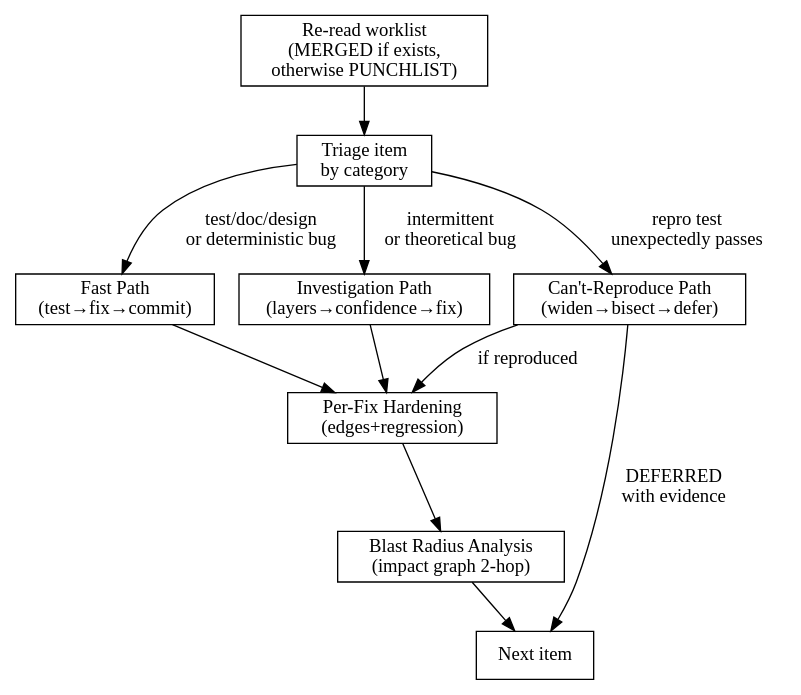
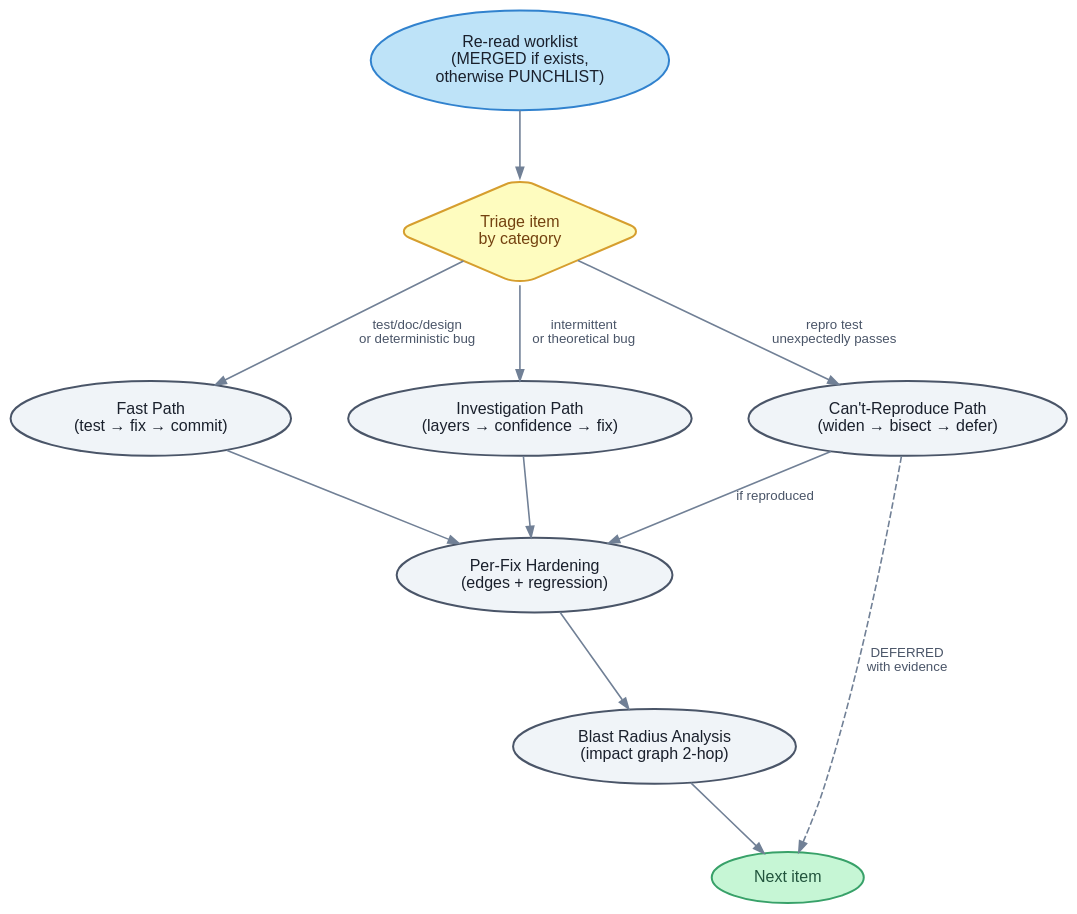
The diagram in docs/diagrams/phase4-triage.dot (jbrjake/holtz), drawn with Graphviz before and after one commit. The commit also changed 7 other files, not shown here.

First line of the commit message:
docs: style diagrams with color-coded nodes and clean typography

```diff
--- a/docs/diagrams/phase4-triage.dot
+++ b/docs/diagrams/phase4-triage.dot
@@ -1,23 +1,72 @@
 digraph {
   rankdir=TB
-  node [shape=box]
-  read [label="Re-read worklist\n(MERGED if exists,\notherwise PUNCHLIST)"]
-  triage [label="Triage item\nby category"]
-  fast [label="Fast Path\n(test→fix→commit)"]
-  investigate [label="Investigation Path\n(layers→confidence→fix)"]
-  cantrepro [label="Can't-Reproduce Path\n(widen→bisect→defer)"]
-  harden [label="Per-Fix Hardening\n(edges+regression)"]
-  blast [label="Blast Radius Analysis\n(impact graph 2-hop)"]
-  next [label="Next item"]
+  bgcolor="transparent"
+  pad=0.4
+  nodesep=0.6
+  ranksep=0.7
+
+  node [
+    fontname="Helvetica"
+    fontsize=12
+    style="filled,rounded"
+    fillcolor="#f0f4f8"
+    color="#4a5568"
+    fontcolor="#1a202c"
+    penwidth=1.5
+    margin="0.15,0.1"
+  ]
+
+  edge [
+    fontname="Helvetica"
+    fontsize=10
+    fontcolor="#4a5568"
+    color="#718096"
+    penwidth=1.2
+    arrowsize=0.8
+  ]
+
+  read [
+    label="Re-read worklist\n(MERGED if exists,\notherwise PUNCHLIST)"
+    fillcolor="#bee3f8"
+    color="#3182ce"
+  ]
+  triage [
+    label="Triage item\nby category"
+    shape=diamond
+    fillcolor="#fefcbf"
+    color="#d69e2e"
+    fontcolor="#744210"
+  ]
+  fast [
+    label="Fast Path\n(test → fix → commit)"
+  ]
+  investigate [
+    label="Investigation Path\n(layers → confidence → fix)"
+  ]
+  cantrepro [
+    label="Can't-Reproduce Path\n(widen → bisect → defer)"
+  ]
+  harden [
+    label="Per-Fix Hardening\n(edges + regression)"
+  ]
+  blast [
+    label="Blast Radius Analysis\n(impact graph 2-hop)"
+  ]
+  next [
+    label="Next item"
+    fillcolor="#c6f6d5"
+    color="#38a169"
+    fontcolor="#22543d"
+  ]
 
   read -> triage
-  triage -> fast [label="test/doc/design\nor deterministic bug"]
-  triage -> investigate [label="intermittent\nor theoretical bug"]
-  triage -> cantrepro [label="repro test\nunexpectedly passes"]
+  triage -> fast [label="  test/doc/design\n  or deterministic bug"]
+  triage -> investigate [label="  intermittent\n  or theoretical bug"]
+  triage -> cantrepro [label="  repro test\n  unexpectedly passes"]
   fast -> harden
   investigate -> harden
   cantrepro -> harden [label="if reproduced"]
-  cantrepro -> next [label="DEFERRED\nwith evidence"]
+  cantrepro -> next [label="DEFERRED\nwith evidence" style=dashed]
   harden -> blast
   blast -> next
 }
```
